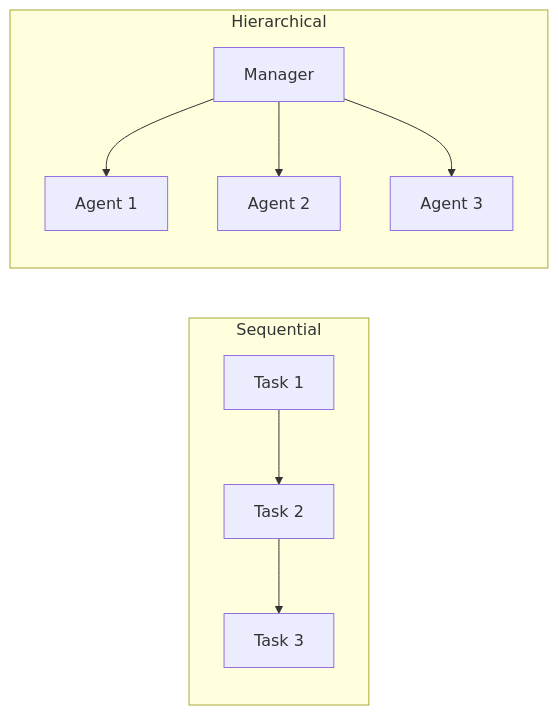
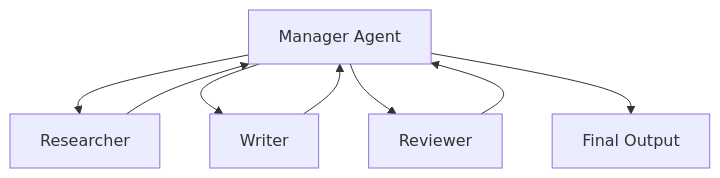
One commit to vanos001/placement_prep changed the third of 3 diagrams in src/ml/agents/crewai.md. Above: the diagram before and after it, drawn with Mermaid. The commit also changed other lines of this file and 20 other files, not shown here.

````diff
--- a/src/ml/agents/crewai.md
+++ b/src/ml/agents/crewai.md
@@ -108,12 +96,10 @@
 ```mermaid
-graph LR
-    subgraph "Sequential"
-        S1[Task 1] --> S2[Task 2] --> S3[Task 3]
-    end
-
-    subgraph "Hierarchical"
-        M[Manager] --> H1[Agent 1]
-        M --> H2[Agent 2]
-        M --> H3[Agent 3]
-    end
+graph TD
+    MANAGER[Manager Agent] --> R[Researcher]
+    MANAGER --> W[Writer]
+    MANAGER --> REV[Reviewer]
+    R --> MANAGER
+    W --> MANAGER
+    REV --> MANAGER
+    MANAGER --> OUTPUT[Final Output]
 ```
````
